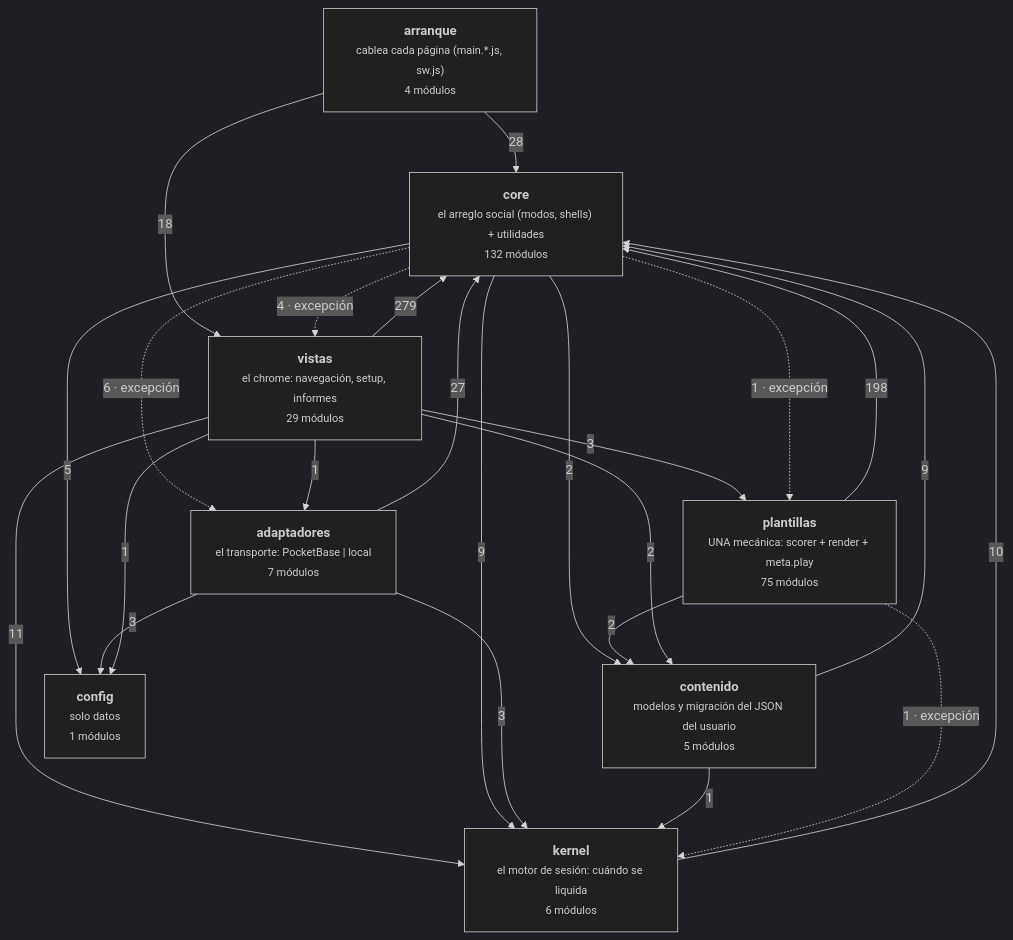
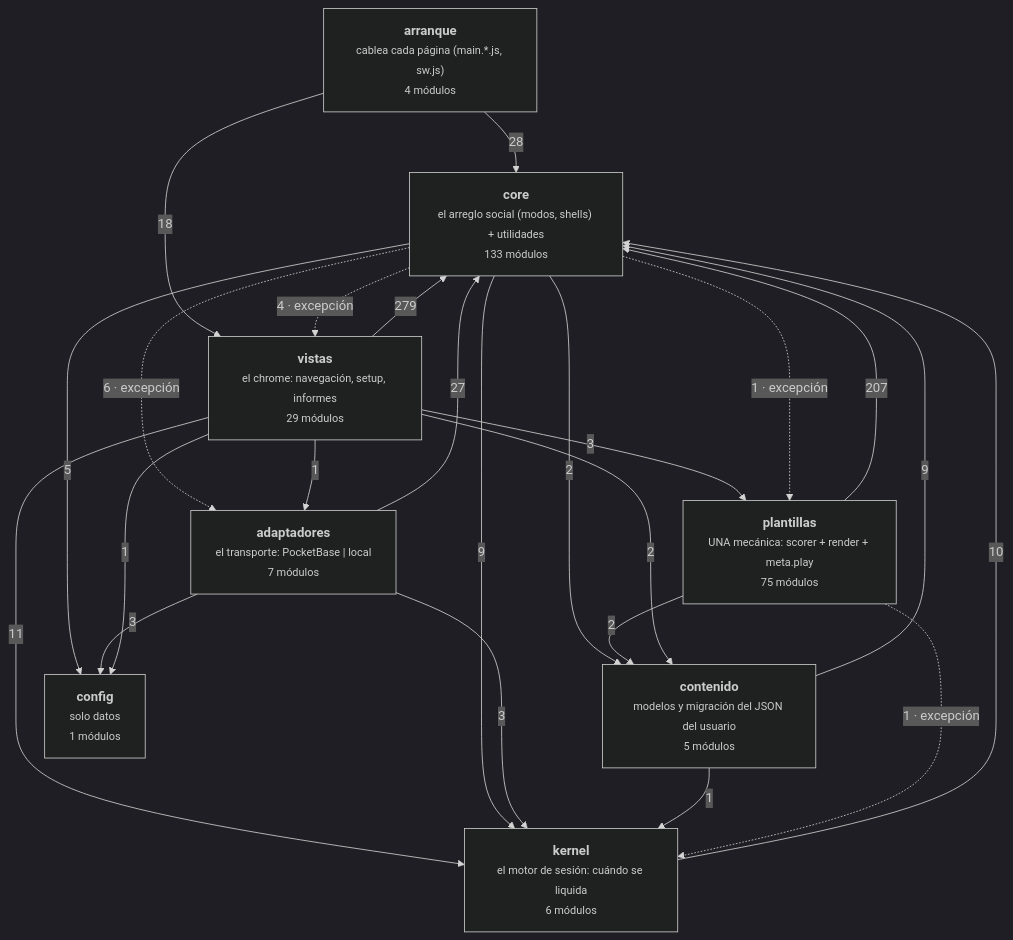
One commit to duecaz/ac changed the diagram in docs/arquitectura-modulos.md. Above: the diagram before and after it, drawn with Mermaid (dark theme). The commit also changed other lines of this file and 34 other files, not shown here.

````diff
--- a/docs/arquitectura-modulos.md
+++ b/docs/arquitectura-modulos.md
@@ -56,34 +56,34 @@
 ```mermaid
 graph TD
   A["<b>arranque</b><br/><small>cablea cada página (main.*.js, sw.js)</small><br/><small>4 módulos</small>"]
   V["<b>vistas</b><br/><small>el chrome: navegación, setup, informes</small><br/><small>29 módulos</small>"]
   AD["<b>adaptadores</b><br/><small>el transporte: PocketBase | local</small><br/><small>7 módulos</small>"]
-  C["<b>core</b><br/><small>el arreglo social (modos, shells) + utilidades</small><br/><small>132 módulos</small>"]
+  C["<b>core</b><br/><small>el arreglo social (modos, shells) + utilidades</small><br/><small>133 módulos</small>"]
   K["<b>kernel</b><br/><small>el motor de sesión: cuándo se liquida</small><br/><small>6 módulos</small>"]
   T["<b>plantillas</b><br/><small>UNA mecánica: scorer + render + meta.play</small><br/><small>75 módulos</small>"]
   CO["<b>contenido</b><br/><small>modelos y migración del JSON del usuario</small><br/><small>5 módulos</small>"]
   CF["<b>config</b><br/><small>solo datos</small><br/><small>1 módulos</small>"]
   V -->|279| C
-  T -->|198| C
+  T -->|207| C
   A -->|28| C
   AD -->|27| C
   A -->|18| V
   V -->|11| K
   K -->|10| C
   C -->|9| K
   CO -->|9| C
   C -.->|6 · excepción| AD
   C -->|5| CF
   C -.->|4 · excepción| V
   AD -->|3| CF
   AD -->|3| K
   V -->|3| T
   C -->|2| CO
   T -->|2| CO
   V -->|2| CO
   C -.->|1 · excepción| T
   CO -->|1| K
   T -.->|1 · excepción| K
   V -->|1| AD
   V -->|1| CF
 ```
````
